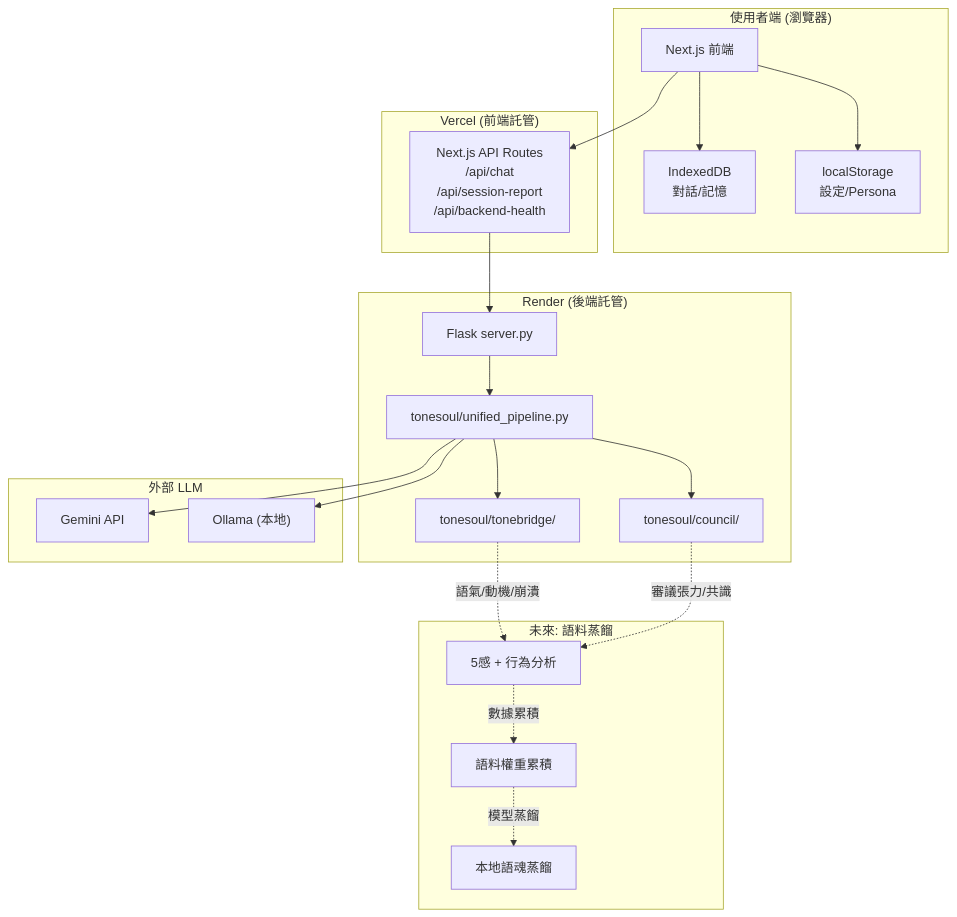
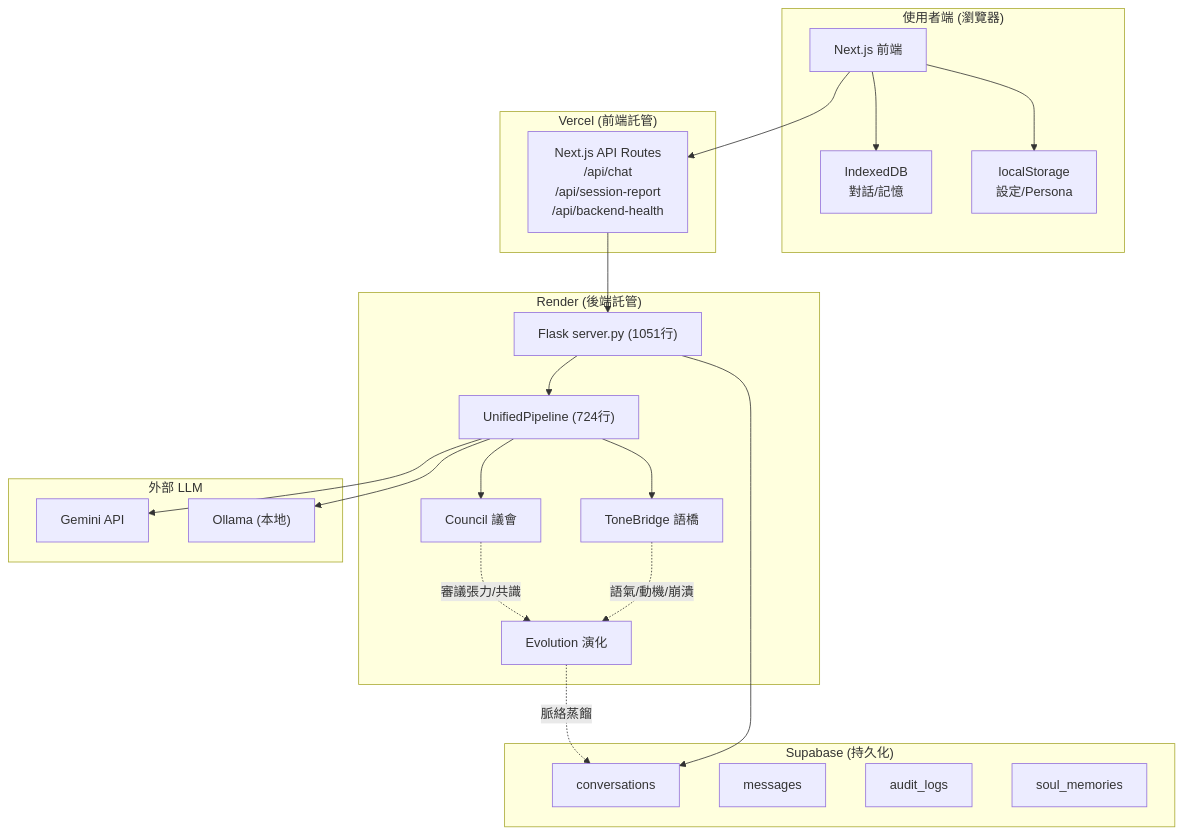
Before and after one commit to huangfanwei25-lang/tonesoul52: the first of 3 diagrams in docs/ARCHITECTURE_DEPLOYED.md, drawn with Mermaid. The commit also changed other lines of this file, not shown here.

Commit message:
docs: architect-level Meta-Prompt full codebase audit v2.0

````diff
--- a/docs/ARCHITECTURE_DEPLOYED.md
+++ b/docs/ARCHITECTURE_DEPLOYED.md
@@ -17,46 +24,48 @@
 ```mermaid
 graph TD
     subgraph "使用者端 (瀏覽器)"
         A["Next.js 前端"]
         B["IndexedDB<br/>對話/記憶"]
         C["localStorage<br/>設定/Persona"]
     end
 
     subgraph "Vercel (前端託管)"
         D["Next.js API Routes<br/>/api/chat<br/>/api/session-report<br/>/api/backend-health"]
     end
 
     subgraph "Render (後端託管)"
-        E["Flask server.py"]
-        F["tonesoul/unified_pipeline.py"]
-        G["tonesoul/council/"]
-        H["tonesoul/tonebridge/"]
+        E["Flask server.py (1051行)"]
+        F["UnifiedPipeline (724行)"]
+        G["Council 議會"]
+        H["ToneBridge 語橋"]
+        I["Evolution 演化"]
     end
 
     subgraph "外部 LLM"
-        I["Gemini API"]
-        J["Ollama (本地)"]
+        J["Gemini API"]
+        K["Ollama (本地)"]
     end
 
-    subgraph "未來: 語料蒸餾"
-        K["5感 + 行為分析"]
-        L["語料權重累積"]
-        M["本地語魂蒸餾"]
+    subgraph "Supabase (持久化)"
+        L["conversations"]
+        M["messages"]
+        N["audit_logs"]
+        O["soul_memories"]
     end
 
     A --> D
     D --> E
     E --> F
     F --> G
     F --> H
-    F --> I
     F --> J
+    F --> K
+    E --> L
 
     A --> B
     A --> C
 
-    H -.->|語氣/動機/崩潰|K
-    G -.->|審議張力/共識|K
-    K -.->|數據累積|L
-    L -.->|模型蒸餾|M
+    H -.->|語氣/動機/崩潰| I
+    G -.->|審議張力/共識| I
+    I -.->|脈絡蒸餾| L
 ```
````
